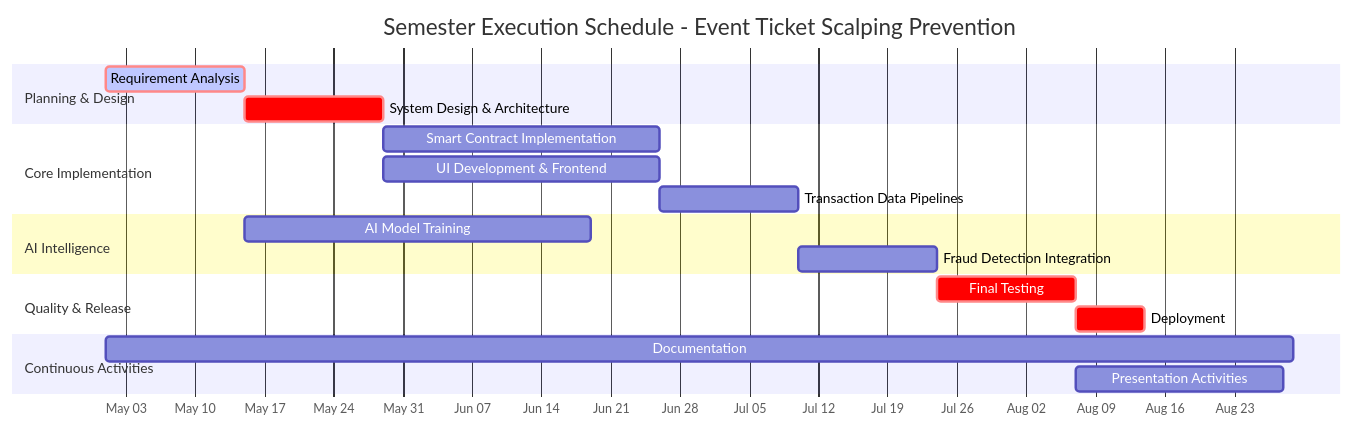
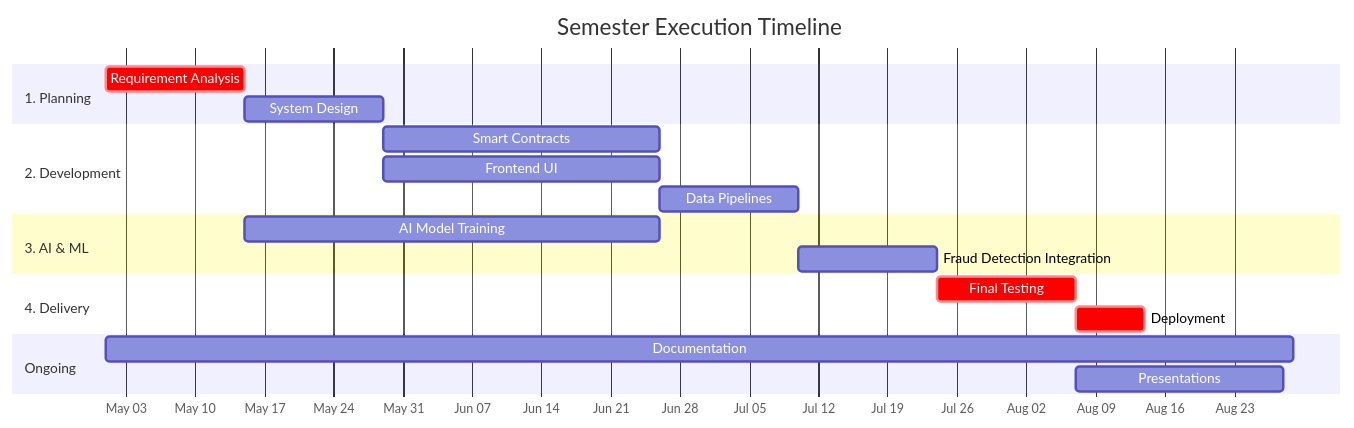
Before and after one commit to Sayyed23/Rexell: the second of 2 diagrams in project_schedule.md, drawn with Mermaid. The commit also changed other lines of this file, not shown here.

Commit message:
docs: refine project task network diagram and update timeline chart in project schedule

````diff
--- a/project_schedule.md
+++ b/project_schedule.md
@@ -59,27 +53,27 @@
 ```mermaid
 gantt
-    title Semester Execution Schedule - Event Ticket Scalping Prevention
+    title Semester Execution Timeline
     dateFormat  YYYY-MM-DD
     axisFormat  %b %d
+    
+    section 1. Planning
+    Requirement Analysis       :crit, a1, 2026-05-01, 14d
+    System Design              :a2, after a1, 14d
 
-    section Planning & Design
-    Requirement Analysis         :crit, active, a1, 2026-05-01, 14d
-    System Design & Architecture :crit, a2, after a1, 14d
+    section 2. Development
+    Smart Contracts            :a3, after a2, 28d
+    Frontend UI                :a4, after a2, 28d
+    Data Pipelines             :a5, after a3, 14d
 
-    section Core Implementation
-    Smart Contract Implementation :a3, after a2, 28d
-    UI Development & Frontend    :a4, after a2, 28d
-    Transaction Data Pipelines   :a5, after a3, 14d
+    section 3. AI & ML
+    AI Model Training          :a6, 2026-05-15, 42d
+    Fraud Detection Integration:a7, after a5, 14d
 
-    section AI Intelligence
-    AI Model Training            :a6, 2026-05-15, 35d
-    Fraud Detection Integration  :a7, after a5 a6, 14d
+    section 4. Delivery
+    Final Testing              :crit, a8, after a7, 14d
+    Deployment                 :crit, a9, after a8, 7d
 
-    section Quality & Release
-    Final Testing                :crit, a8, after a7, 14d
-    Deployment                   :crit, a9, after a8, 7d
-
-    section Continuous Activities
-    Documentation                :a10, 2026-05-01, 120d
-    Presentation Activities      :a11, after a8, 21d
+    section Ongoing
+    Documentation              :a10, 2026-05-01, 120d
+    Presentations              :a11, after a8, 21d
 ```
````
